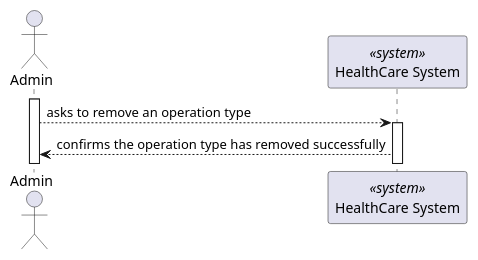
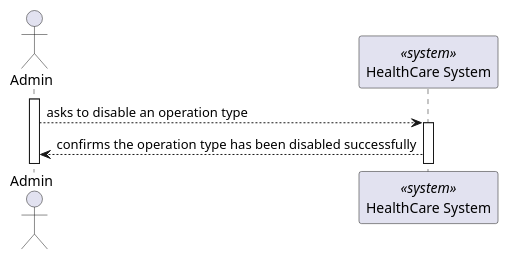
The diagram in docs/OperationTypeRemove/views/level1/process-view.puml (Lapr5G21/sem5pi-24-25-3ddg21), drawn with PlantUML before and after one commit. The commit also changed 11 other files, not shown here.

```diff
--- a/docs/OperationTypeRemove/views/level1/process-view.puml
+++ b/docs/OperationTypeRemove/views/level1/process-view.puml
@@ -1,15 +1,15 @@
 @startuml
 
 actor Admin as "Admin"
 participant SYS as "HealthCare System" <<system >>
 
 activate Admin 
 
-Admin --> SYS : asks to remove an operation type
+Admin --> SYS : asks to disable an operation type
 
 activate SYS 
 
-SYS --> Admin : confirms the operation type has removed successfully
+SYS --> Admin : confirms the operation type has been disabled successfully
 
 
 @enduml
```
